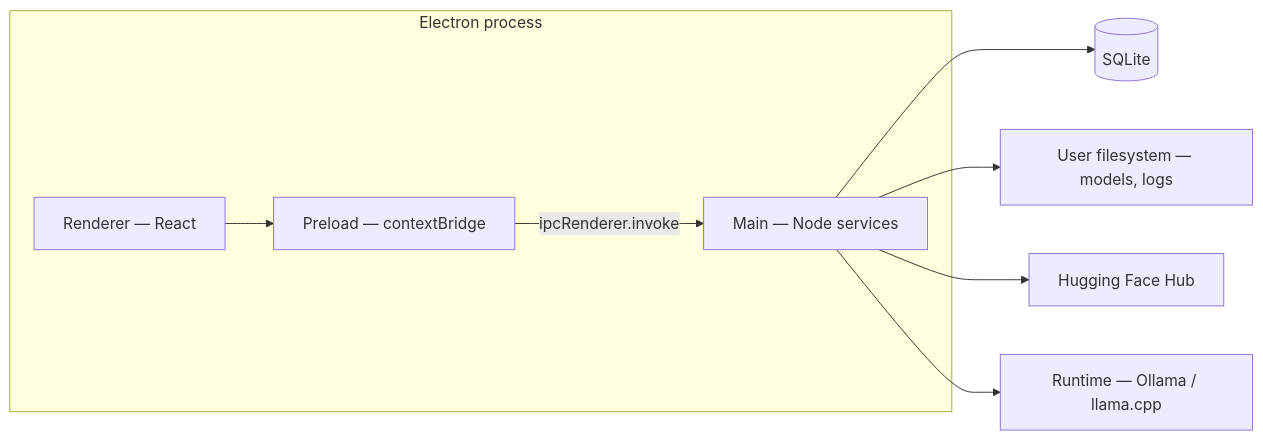
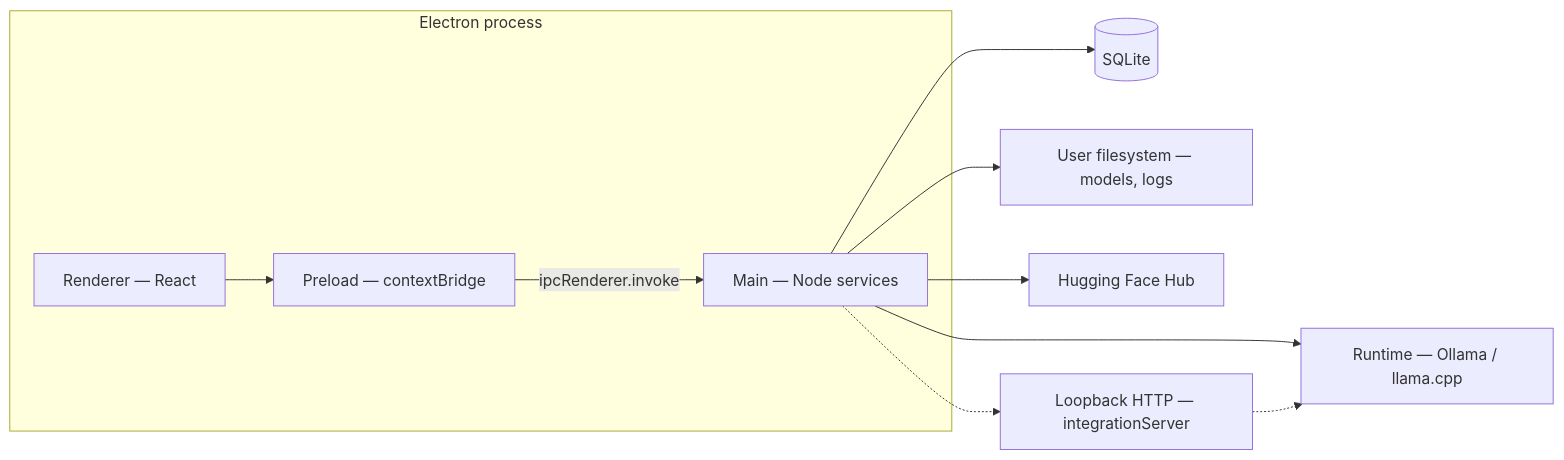
The diagram in docs/architecture-arc42/05-building-block-view.md (groscy/local-llm), drawn with Mermaid before and after one commit. The commit also changed other lines of this file and 12 other files, not shown here.

First line of the commit message:
docs: refresh arc42 architecture for metrics, bridge, and runtime

````diff
--- a/docs/architecture-arc42/05-building-block-view.md
+++ b/docs/architecture-arc42/05-building-block-view.md
@@ -7,14 +7,16 @@
 ```mermaid
 flowchart LR
   subgraph electron [Electron process]
     R[Renderer — React]
     P[Preload — contextBridge]
     M[Main — Node services]
     R --> P
     P -->|ipcRenderer.invoke| M
   end
   M --> DB[(SQLite)]
   M --> FS[User filesystem — models, logs]
   M --> HF[Hugging Face Hub]
   M --> RT[Runtime — Ollama / llama.cpp]
+  M -.-> LOOP[Loopback HTTP — integrationServer]
+  LOOP -.-> RT
 ```
````
